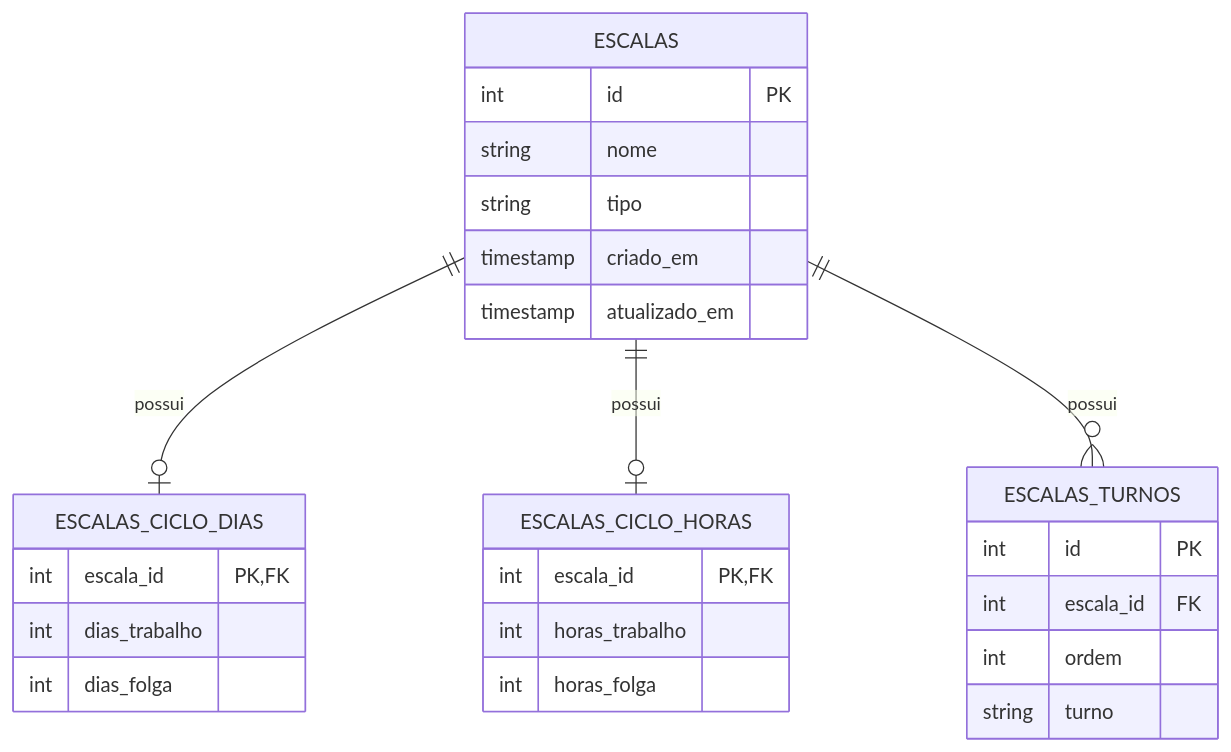
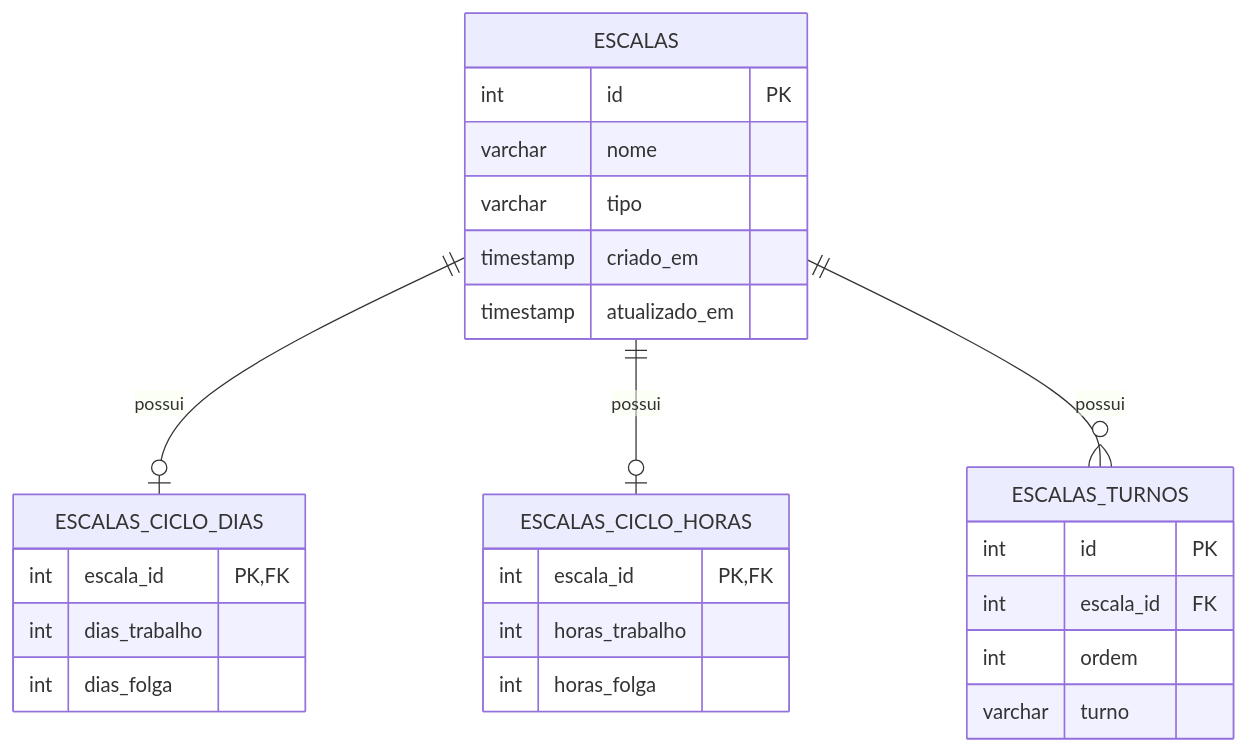
Before and after one commit to Dinox75/simulador-escala-trabalho: the second of 5 diagrams in README.md, drawn with Mermaid. The commit also changed other lines of this file and 1 other file, not shown here.

````diff
--- a/README.md
+++ b/README.md
@@ -752,33 +604,33 @@
 ```mermaid
 erDiagram
+    ESCALAS ||--o| ESCALAS_CICLO_DIAS : possui
+    ESCALAS ||--o| ESCALAS_CICLO_HORAS : possui
+    ESCALAS ||--o{ ESCALAS_TURNOS : possui
+
     ESCALAS {
         int id PK
-        string nome
-        string tipo
+        varchar nome
+        varchar tipo
         timestamp criado_em
         timestamp atualizado_em
     }
 
     ESCALAS_CICLO_DIAS {
         int escala_id PK, FK
         int dias_trabalho
         int dias_folga
     }
 
     ESCALAS_CICLO_HORAS {
         int escala_id PK, FK
         int horas_trabalho
         int horas_folga
     }
 
     ESCALAS_TURNOS {
         int id PK
         int escala_id FK
         int ordem
-        string turno
+        varchar turno
     }
-
-    ESCALAS ||--o| ESCALAS_CICLO_DIAS : possui
-    ESCALAS ||--o| ESCALAS_CICLO_HORAS : possui
-    ESCALAS ||--o{ ESCALAS_TURNOS : possui
 ```
````
